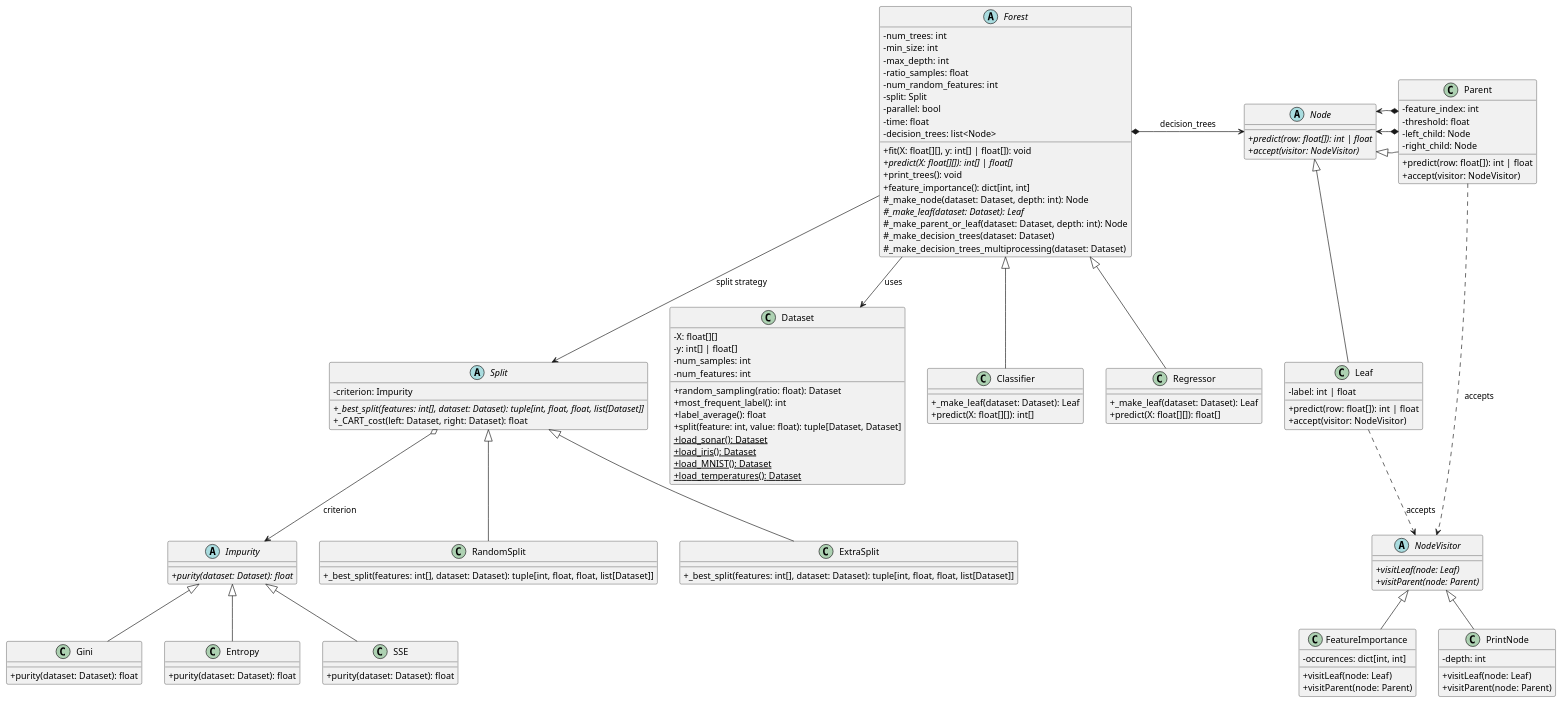
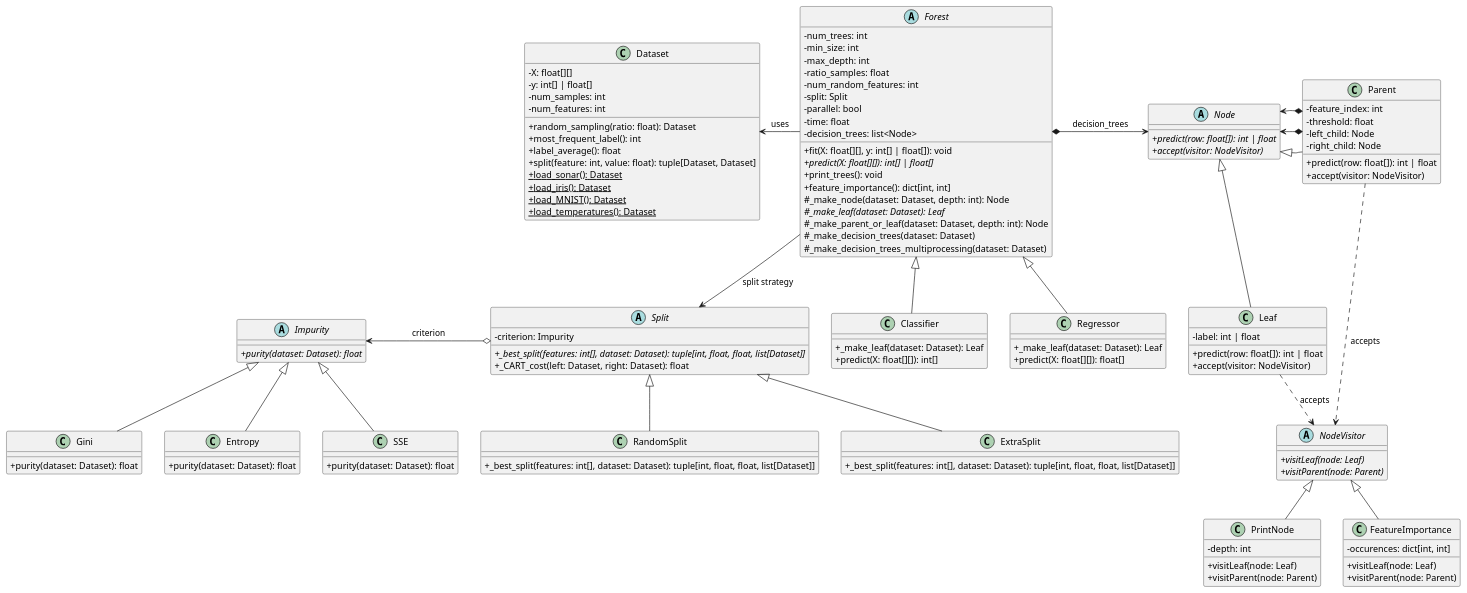
Before and after one commit to NIU1703664/OOP: the diagram in practica/design.puml, drawn with PlantUML. The commit also changed 9 other files, not shown here.

Commit message:
Produced feature importance figure

```diff
--- a/practica/design.puml
+++ b/practica/design.puml
@@ -1,139 +1,139 @@
 @startuml
 skinparam classAttributeIconSize 0
 skinparam noteFontSize 11
 
 abstract class Impurity {
   {abstract}+ purity(dataset: Dataset): float
 }
 
 class Gini {
   + purity(dataset: Dataset): float
 }
 
 class Entropy {
   + purity(dataset: Dataset): float
 }
 
 class SSE {
   + purity(dataset: Dataset): float
 }
 
 abstract class Split {
   - criterion: Impurity
   {abstract}+ _best_split(features: int[], dataset: Dataset): tuple[int, float, float, list[Dataset]]
   + _CART_cost(left: Dataset, right: Dataset): float
 }
 
 class RandomSplit {
   + _best_split(features: int[], dataset: Dataset): tuple[int, float, float, list[Dataset]]
 }
 
 class ExtraSplit {
   + _best_split(features: int[], dataset: Dataset): tuple[int, float, float, list[Dataset]]
 }
 
 class Dataset {
   - X: float[][]
   - y: int[] | float[]
   - num_samples: int
   - num_features: int
   
   + random_sampling(ratio: float): Dataset
   + most_frequent_label(): int
   + label_average(): float
   + split(feature: int, value: float): tuple[Dataset, Dataset]
   + load_sonar(): Dataset {static}
   + load_iris(): Dataset {static}
   + load_MNIST(): Dataset {static}
   + load_temperatures(): Dataset {static}
 }
 
 abstract class Node {
   {abstract}+ predict(row: float[]): int | float
   {abstract}+ accept(visitor: NodeVisitor)
 }
 
 class Leaf {
   - label: int | float
   + predict(row: float[]): int | float
   + accept(visitor: NodeVisitor)
 }
 
 class Parent {
   - feature_index: int
   - threshold: float
   - left_child: Node
   - right_child: Node
   + predict(row: float[]): int | float
   + accept(visitor: NodeVisitor)
 }
 
 abstract class NodeVisitor {
   {abstract}+ visitLeaf(node: Leaf)
   {abstract}+ visitParent(node: Parent)
 }
 
 class PrintNode {
   - depth: int
   + visitLeaf(node: Leaf)
   + visitParent(node: Parent)
 }
 
 class FeatureImportance {
   - occurences: dict[int, int]
   + visitLeaf(node: Leaf)
   + visitParent(node: Parent)
 }
 
 abstract class Forest {
   - num_trees: int
   - min_size: int
   - max_depth: int
   - ratio_samples: float
   - num_random_features: int
   - split: Split
   - parallel: bool
   - time: float
   - decision_trees: list<Node>
   
   + fit(X: float[][], y: int[] | float[]): void
   {abstract}+ predict(X: float[][]): int[] | float[]
   + print_trees(): void
   + feature_importance(): dict[int, int]
   # _make_node(dataset: Dataset, depth: int): Node
   {abstract}# _make_leaf(dataset: Dataset): Leaf
   # _make_parent_or_leaf(dataset: Dataset, depth: int): Node
   # _make_decision_trees(dataset: Dataset)
   # _make_decision_trees_multiprocessing(dataset: Dataset)
 }
 
 class Classifier {
   + _make_leaf(dataset: Dataset): Leaf
   + predict(X: float[][]): int[]
 }
 
 class Regressor {
   + _make_leaf(dataset: Dataset): Leaf
   + predict(X: float[][]): float[]
 }
 
 Impurity <|-- Gini
 Impurity <|-- Entropy
 Impurity <|-- SSE
 Forest <|-- Classifier
 Forest <|-- Regressor
 Forest *-right-> Node : decision_trees
 Forest --> Split : split strategy
-Forest --> Dataset : uses
+Forest -left-> Dataset : uses
 Node <|-- Leaf
 Node <|-- Parent
 Parent *-left-> Node
 Parent *-right-> Node
-Split o--> Impurity : criterion
+Split o-left-> Impurity : criterion
 Split <|-- RandomSplit
 Split <|-- ExtraSplit
 NodeVisitor <|-- PrintNode
 NodeVisitor <|-- FeatureImportance
 Leaf ..> NodeVisitor : accepts
 Parent ..> NodeVisitor : accepts
 @enduml
```
